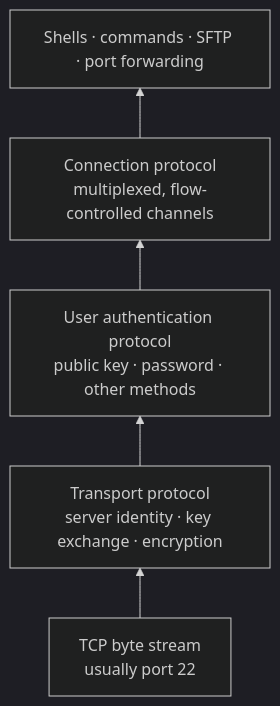
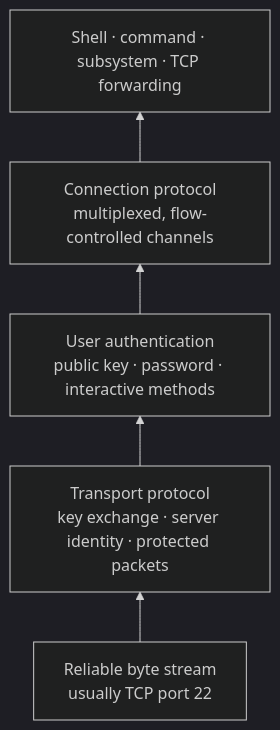
The first of 3 diagrams in src/introduction.md (fornwall/ssh-protocol), drawn with Mermaid (dark theme) before and after one commit. The commit also changed other lines of this file and 16 other files, not shown here.

````diff
--- a/src/introduction.md
+++ b/src/introduction.md
@@ -7,8 +16,8 @@
 ```mermaid
 flowchart BT
-    TCP["TCP byte stream<br/>usually port 22"] --> Transport
-    Transport["Transport protocol<br/>server identity · key exchange · encryption"] --> Auth
-    Auth["User authentication protocol<br/>public key · password · other methods"] --> Connection
+    TCP["Reliable byte stream<br/>usually TCP port 22"] --> Transport
+    Transport["Transport protocol<br/>key exchange · server identity · protected packets"] --> Auth
+    Auth["User authentication<br/>public key · password · interactive methods"] --> Connection
     Connection["Connection protocol<br/>multiplexed, flow-controlled channels"] --> Uses
-    Uses["Shells · commands · SFTP · port forwarding"]
+    Uses["Shell · command · subsystem · TCP forwarding"]
 ```
````
